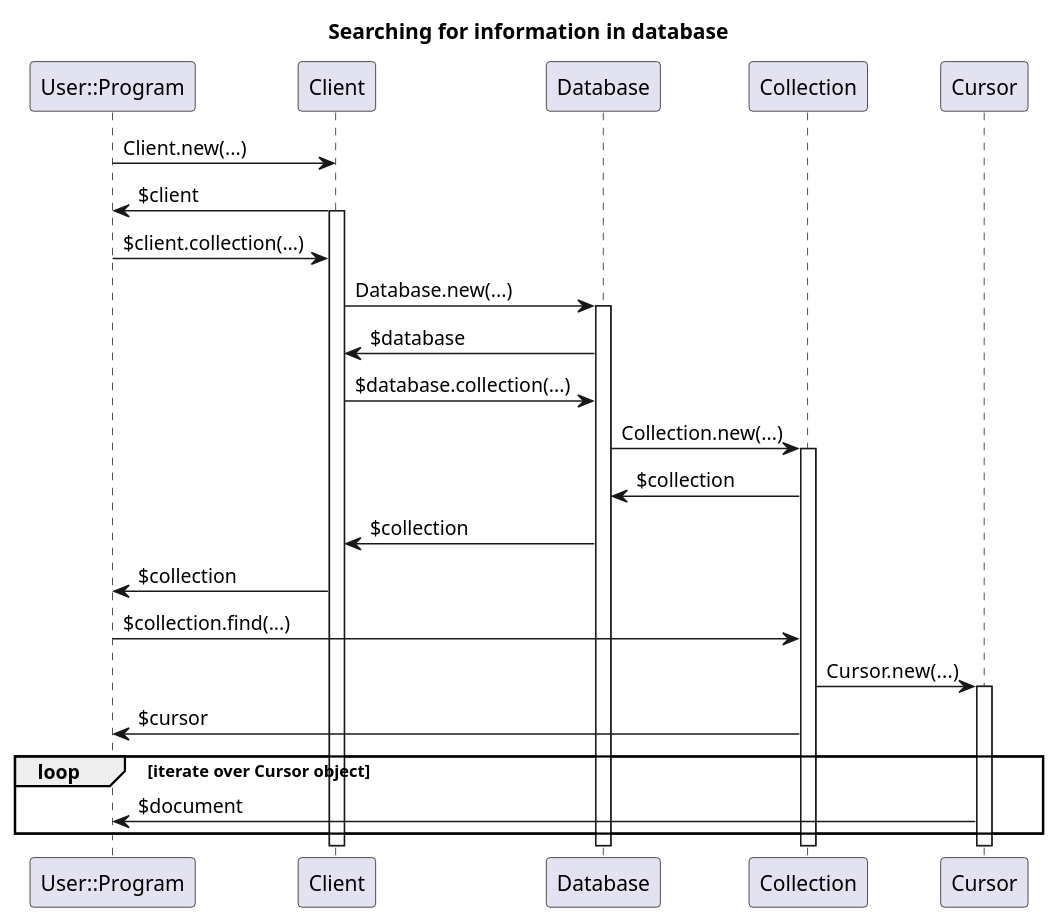
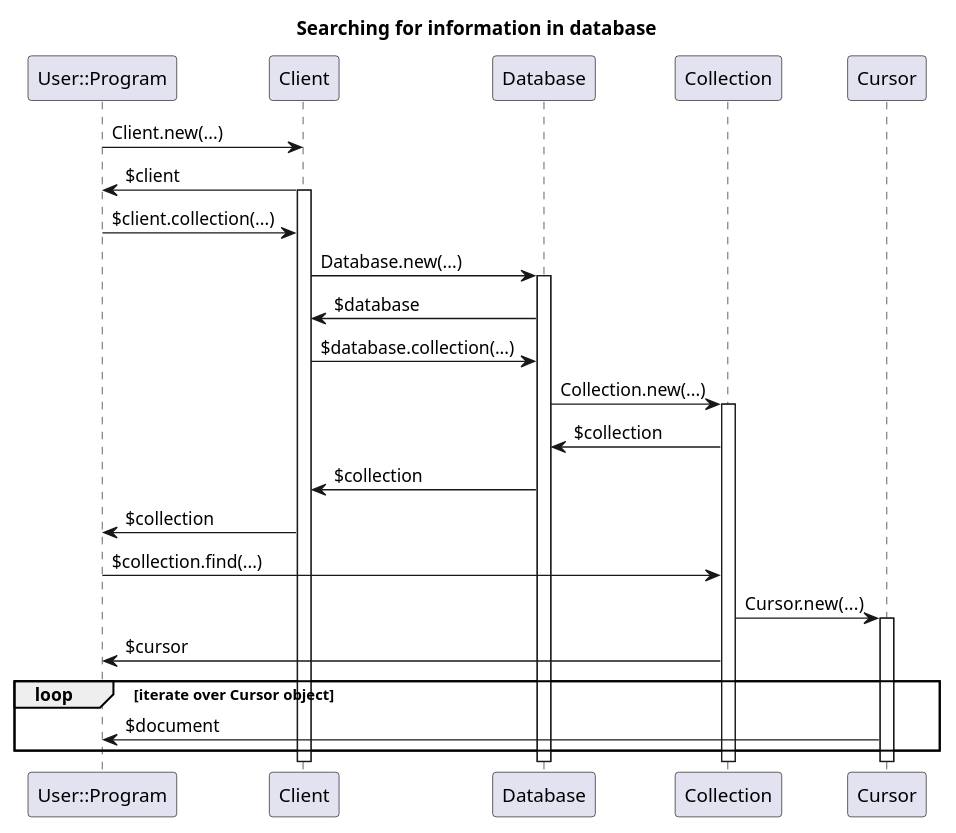
One commit to MARTIMM/raku-mongodb-driver changed the seventh of 7 diagrams in doc/Design/Design-software.md. Above: the diagram before and after it, drawn with PlantUML. The commit also changed other lines of this file, not shown here.

````diff
--- a/doc/Design/Design-software.md
+++ b/doc/Design/Design-software.md
@@ -221,31 +221,32 @@
 ```plantuml
+scale 0.9
 title "Searching for information in database"
 
 participant UP as "User::Program"
 participant Cl as "Client"
 participant Da as "Database"
 participant Co as "Collection"
 participant Cu as "Cursor"
 
 UP -> Cl : Client.new(...)
 Cl -> UP : $client
 activate Cl
 UP -> Cl : $client.collection(...)
 Cl -> Da : Database.new(...)
 activate Da
 Da -> Cl : $database
 Cl -> Da : $database.collection(...)
 Da -> Co : Collection.new(...)
 activate Co
 Co -> Da : $collection
 Da -> Cl : $collection
 Cl -> UP : $collection
 UP -> Co : $collection.find(...)
 Co -> Cu : Cursor.new(...)
 activate Cu
 Co -> UP : $cursor
 loop iterate over Cursor object
 '  UP -> Cu : $cursor.fetch
   Cu -> UP : $document
 end
 ```
````
